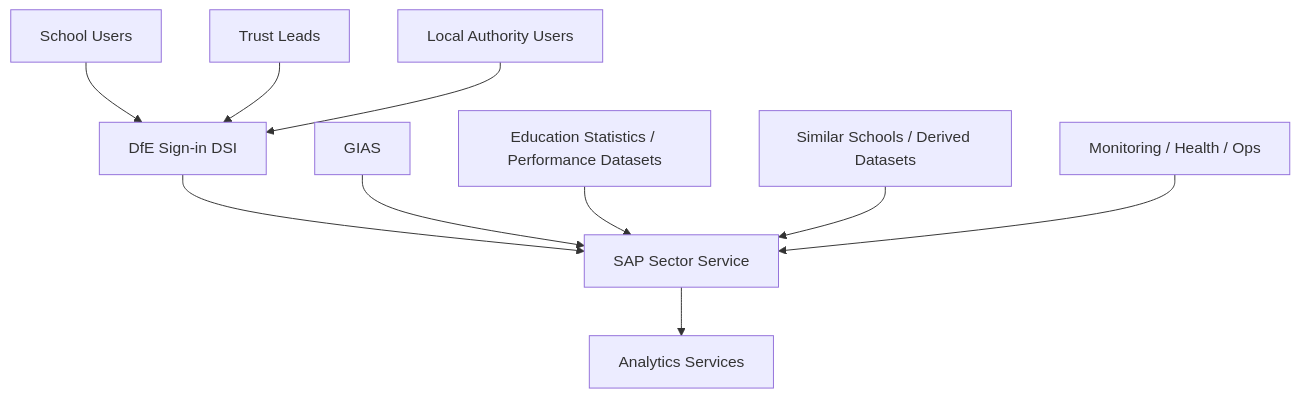
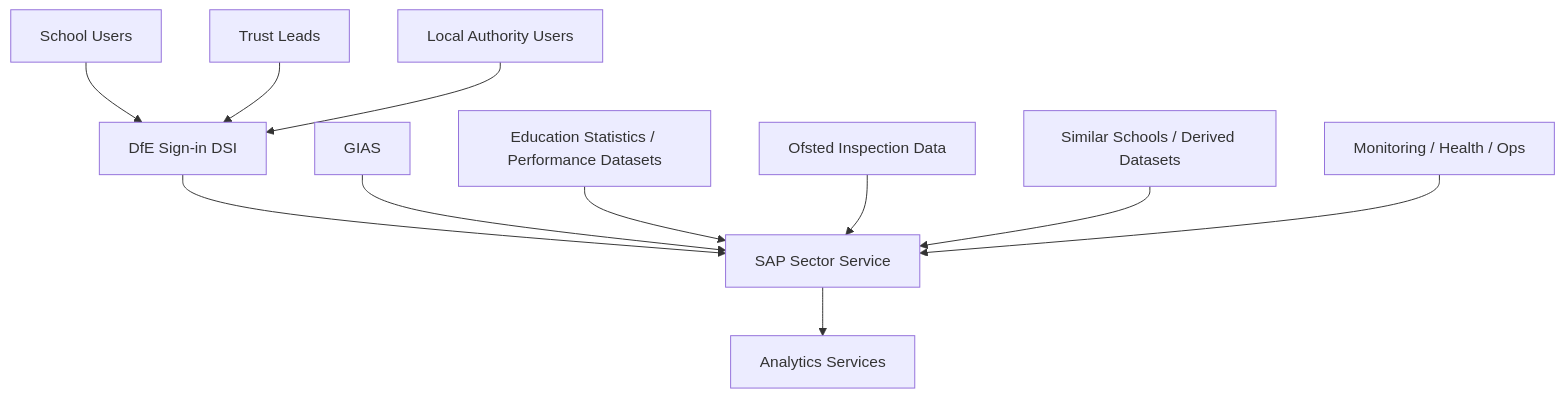
The first of 3 diagrams in docs/architecture/high-level-design.md (DFE-Digital/sap-sector), drawn with Mermaid before and after one commit. The commit also changed other lines of this file and 3 other files, not shown here.

````diff
--- a/docs/architecture/high-level-design.md
+++ b/docs/architecture/high-level-design.md
@@ -286,28 +317,30 @@
 ```mermaid
 flowchart TB
     school[School Users]
     trust[Trust Leads]
     la[Local Authority Users]
 
     dsi[DfE Sign-in DSI]
     sap[SAP Sector Service]
 
     gias[GIAS]
     ees[Education Statistics / Performance Datasets]
+    ofsted[Ofsted Inspection Data]
     similar[Similar Schools / Derived Datasets]
 
     monitor[Monitoring / Health / Ops]
     analytics[Analytics Services]
 
     school --> dsi
     trust --> dsi
     la --> dsi
     dsi --> sap
 
     gias --> sap
     ees --> sap
+    ofsted --> sap
     similar --> sap
 
     sap --> analytics
     monitor --> sap
 ```
````
